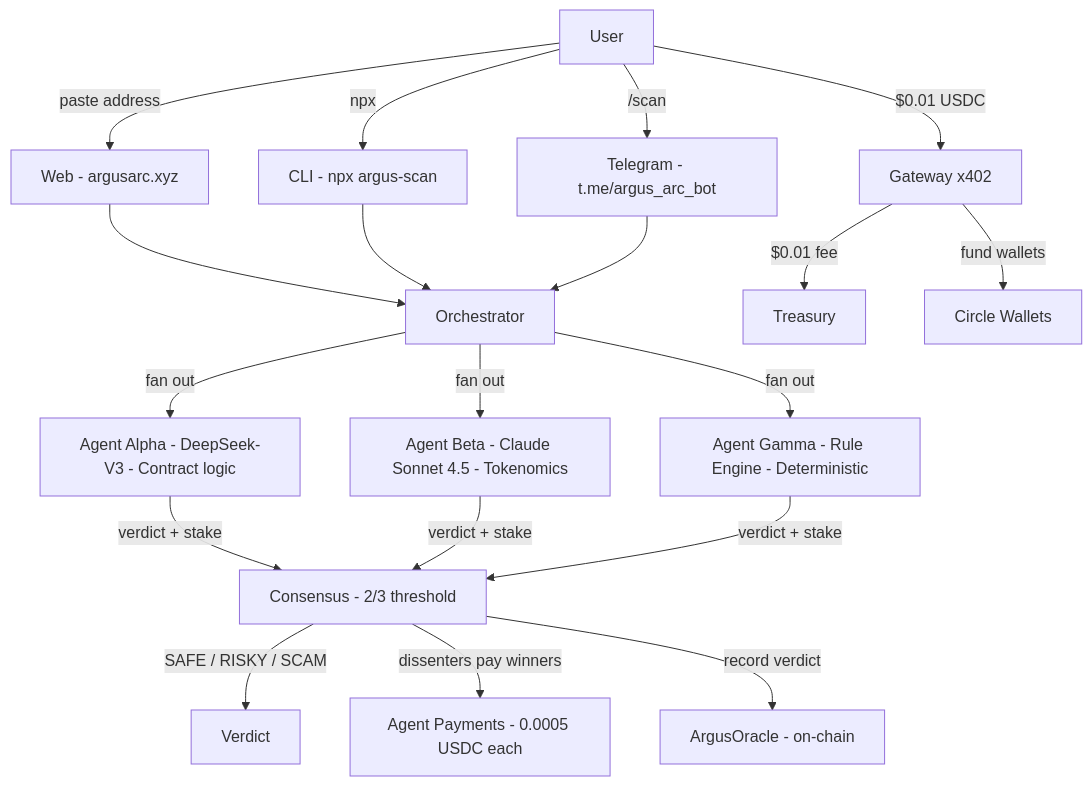
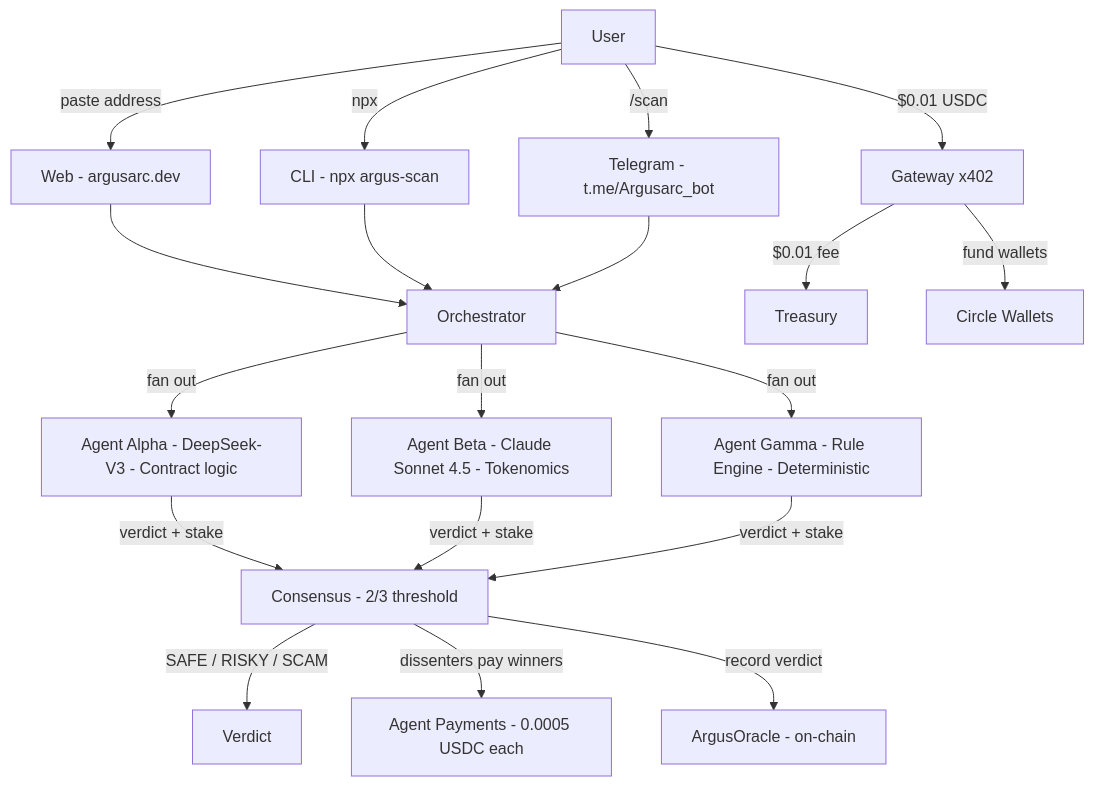
The diagram in README.md (Gideon145/argus), drawn with Mermaid before and after one commit. The commit also changed other lines of this file and 30 other files, not shown here.

````diff
--- a/README.md
+++ b/README.md
@@ -162,26 +162,26 @@
 ```mermaid
 flowchart TB
     U[User] -->|$0.01 USDC| GW[Gateway x402]
-    U -->|paste address| WEB[Web - argusarc.xyz]
+    U -->|paste address| WEB[Web - argusarc.dev]
     U -->|npx| CLI[CLI - npx argus-scan]
-    U -->|/scan| TG[Telegram - t.me/argus_arc_bot]
+    U -->|/scan| TG[Telegram - t.me/Argusarc_bot]
 
     WEB --> O[Orchestrator]
     CLI --> O
     TG --> O
 
     O -->|fan out| A[Agent Alpha - DeepSeek-V3 - Contract logic]
     O -->|fan out| B[Agent Beta - Claude Sonnet 4.5 - Tokenomics]
     O -->|fan out| G[Agent Gamma - Rule Engine - Deterministic]
 
     A -->|verdict + stake| C[Consensus - 2/3 threshold]
     B -->|verdict + stake| C
     G -->|verdict + stake| C
 
     C -->|SAFE / RISKY / SCAM| R[Verdict]
     C -->|dissenters pay winners| P[Agent Payments - 0.0005 USDC each]
     C -->|record verdict| ORA[ArgusOracle - on-chain]
 
     GW -->|$0.01 fee| TR[Treasury]
     GW -->|fund wallets| W[Circle Wallets]
 ```
````
